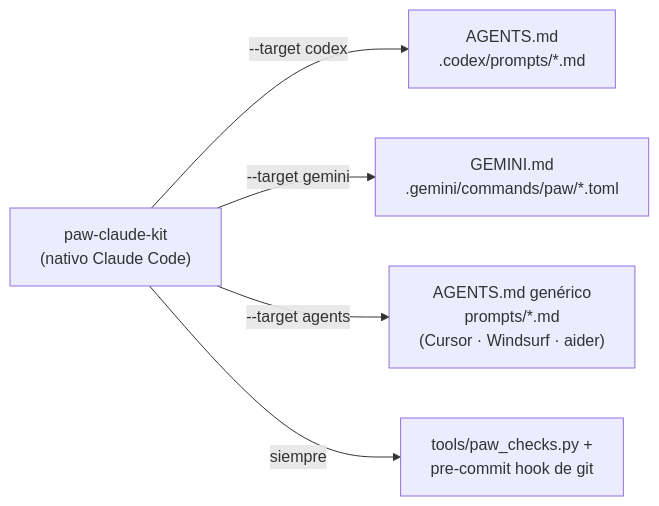
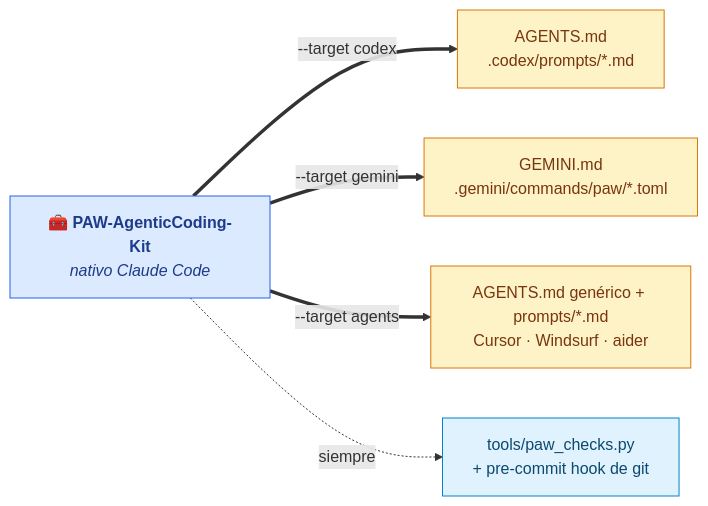
The fourth of 4 diagrams in README.md (SebasCaules/PAW-AgenticCoding-Kit), drawn with Mermaid before and after one commit. The commit also changed other lines of this file, not shown here.

````diff
--- a/README.md
+++ b/README.md
@@ -242,8 +295,15 @@
 ```mermaid
 flowchart LR
-    K["paw-claude-kit<br/>(nativo Claude Code)"]
-    K -- "--target codex" --> CX["AGENTS.md<br/>.codex/prompts/*.md"]
-    K -- "--target gemini" --> GM["GEMINI.md<br/>.gemini/commands/paw/*.toml"]
-    K -- "--target agents" --> AG["AGENTS.md genérico<br/>prompts/*.md<br/>(Cursor · Windsurf · aider)"]
-    K -- "siempre" --> PCM["tools/paw_checks.py +<br/>pre-commit hook de git"]
+    K["🧰 <b>PAW-AgenticCoding-Kit</b><br/><i>nativo Claude Code</i>"]
+    K == "--target codex" ==> CX["AGENTS.md<br/>.codex/prompts/*.md"]
+    K == "--target gemini" ==> GM["GEMINI.md<br/>.gemini/commands/paw/*.toml"]
+    K == "--target agents" ==> AG["AGENTS.md genérico + prompts/*.md<br/>Cursor · Windsurf · aider"]
+    K -. "siempre" .-> PCM["tools/paw_checks.py<br/>+ pre-commit hook de git"]
+
+    classDef kit fill:#DBEAFE,stroke:#2563EB,color:#1E3A8A
+    classDef tgt fill:#FEF3C7,stroke:#D97706,color:#78350F
+    classDef chk fill:#E0F2FE,stroke:#0284C7,color:#0C4A6E
+    class K kit
+    class CX,GM,AG tgt
+    class PCM chk
 ```
````
